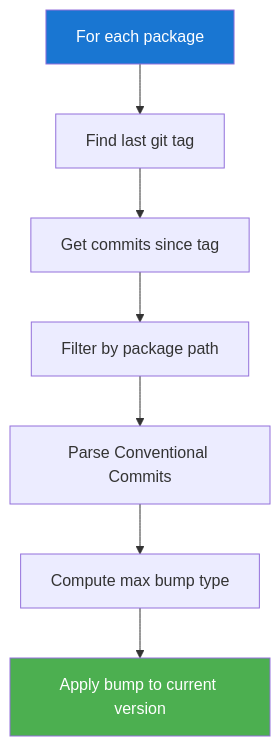
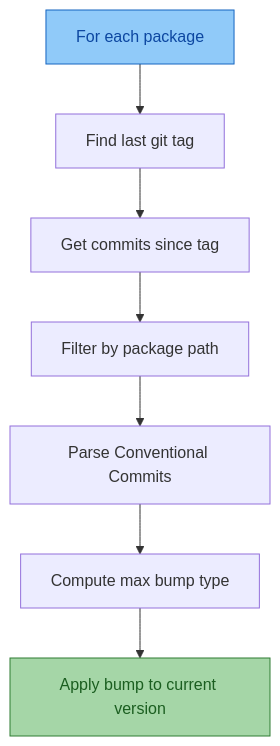
The first of 6 diagrams in tools/releasekit/docs/docs/internals/versioning.md (genkit-ai/genkit-python), drawn with Mermaid before and after one commit. The commit also changed other lines of this file and 208 other files, not shown here.

````diff
--- a/tools/releasekit/docs/docs/internals/versioning.md
+++ b/tools/releasekit/docs/docs/internals/versioning.md
@@ -14,12 +14,12 @@
 ```mermaid
 graph TD
     A["For each package"] --> B["Find last git tag"]
     B --> C["Get commits since tag"]
     C --> D["Filter by package path"]
     D --> E["Parse Conventional Commits"]
     E --> F["Compute max bump type"]
     F --> G["Apply bump to current version"]
 
-    style A fill:#1976d2,color:#fff
-    style G fill:#4caf50,color:#fff
+    style A fill:#90caf9,stroke:#1565c0,color:#0d47a1
+    style G fill:#a5d6a7,stroke:#2e7d32,color:#1b5e20
 ```
````
